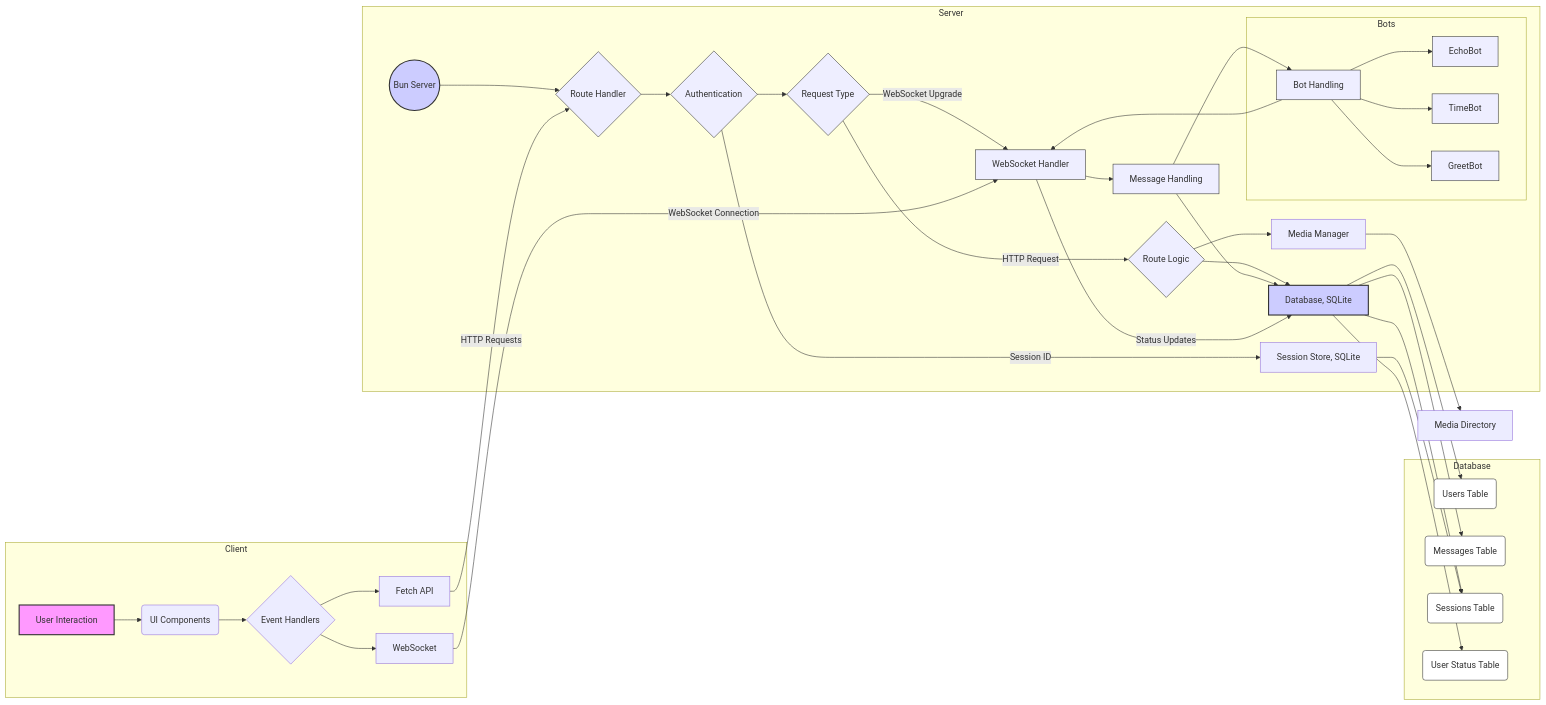
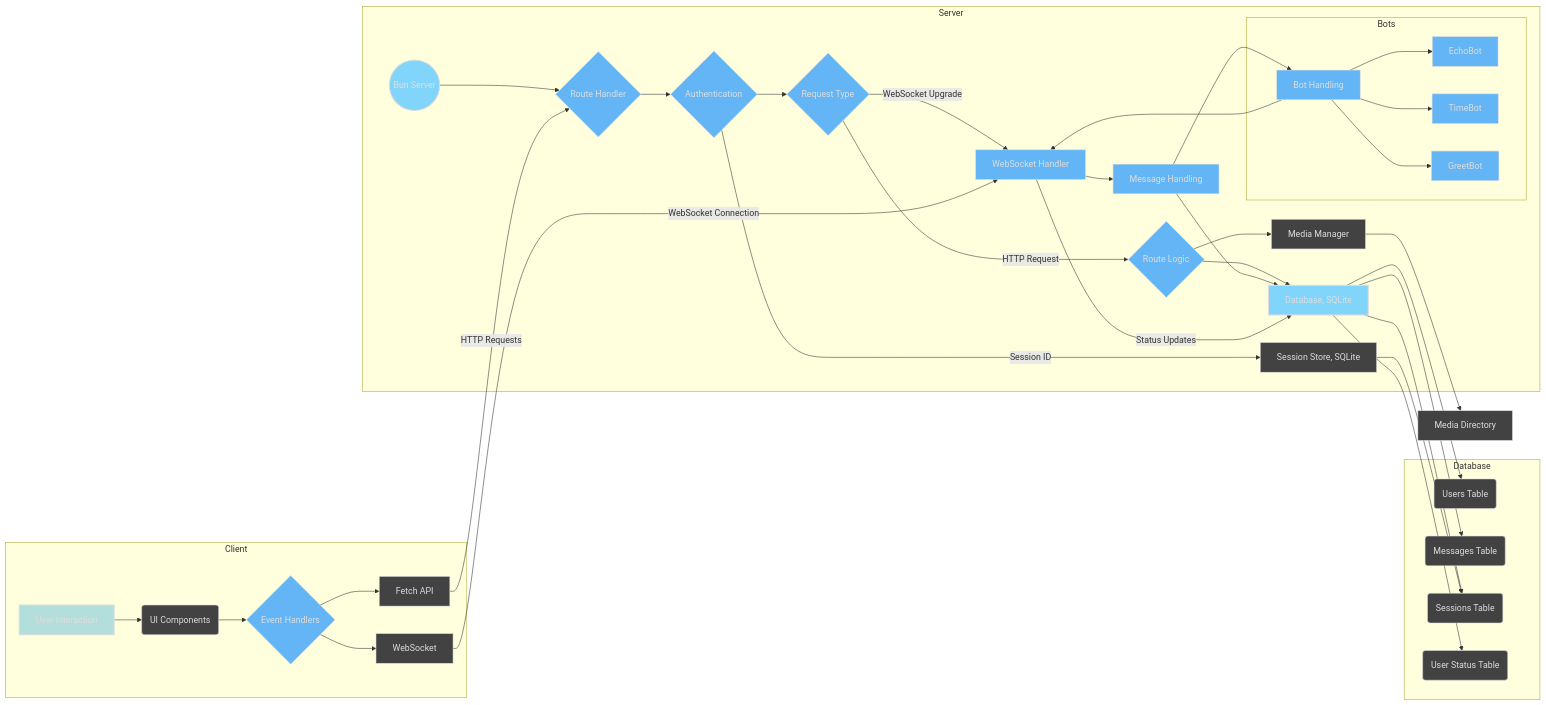
Before and after one commit to The-Best-Codes/chatter: the diagram in README.md, drawn with Mermaid.

````diff
--- a/README.md
+++ b/README.md
@@ -13,60 +13,68 @@
 ```mermaid
 graph LR
     subgraph Client
         A[User Interaction] --> B(UI Components)
         B --> C{Event Handlers}
         C --> D[Fetch API]
         C --> E[WebSocket]
     end
 
     subgraph Server
         F((Bun Server)) --> G{Route Handler}
         G --> H{Authentication}
         H -- Session ID --> I[Session Store, SQLite]
         H --> J{Request Type}
 
         J -- HTTP Request --> K{Route Logic}
         K --> L[Database, SQLite]
         K --> M[Media Manager]
 
         J -- WebSocket Upgrade --> N[WebSocket Handler]
         N --> O[Message Handling]
         O --> L
         O --> P[Bot Handling]
         P --> N
         N -- Status Updates --> L
 
         subgraph Bots
             Q[EchoBot]
             R[TimeBot]
             S[GreetBot]
             P --> Q
             P --> R
             P --> S
         end
     end
 
     subgraph Database
         L --> T(Users Table)
         L --> U(Messages Table)
         L --> V(Sessions Table)
         L --> W(User Status Table)
         I --> V
     end
 
     D -- HTTP Requests --> G
     E -- WebSocket Connection --> N
 
     M --> X[Media Directory]
 
-    style A fill:#f9f,stroke:#333,stroke-width:2px
-    style F fill:#ccf,stroke:#333,stroke-width:2px
-    style L fill:#ccf,stroke:#333,stroke-width:2px
+    style A fill:#B2DFDB,stroke:#DDD,stroke-width:2px,color:#DDD
+    style F fill:#81D4FA,stroke:#DDD,stroke-width:2px,color:#DDD
+    style L fill:#81D4FA,stroke:#DDD,stroke-width:2px,color:#DDD
 
-    classDef datafill fill:#fff,stroke:#333,stroke-width:1px
+    classDef datafill fill:#424242,stroke:#DDD,stroke-width:1px,color:#DDD
     class T,U,V,W datafill
 
-    classDef processfill fill:#eef,stroke:#333,stroke-width:1px
+    classDef processfill fill:#64B5F6,stroke:#DDD,stroke-width:1px,color:#DDD
     class G,H,J,K,N,O,P processfill
     class Q,R,S processfill
+
+    style B fill:#424242,stroke:#DDD,stroke-width:1px,color:#DDD
+    style C fill:#64B5F6,stroke:#DDD,stroke-width:1px,color:#DDD
+    style D fill:#424242,stroke:#DDD,stroke-width:1px,color:#DDD
+    style E fill:#424242,stroke:#DDD,stroke-width:1px,color:#DDD
+    style I fill:#424242,stroke:#DDD,stroke-width:1px,color:#DDD
+    style M fill:#424242,stroke:#DDD,stroke-width:1px,color:#DDD
+    style X fill:#424242,stroke:#DDD,stroke-width:1px,color:#DDD
 ```
````
